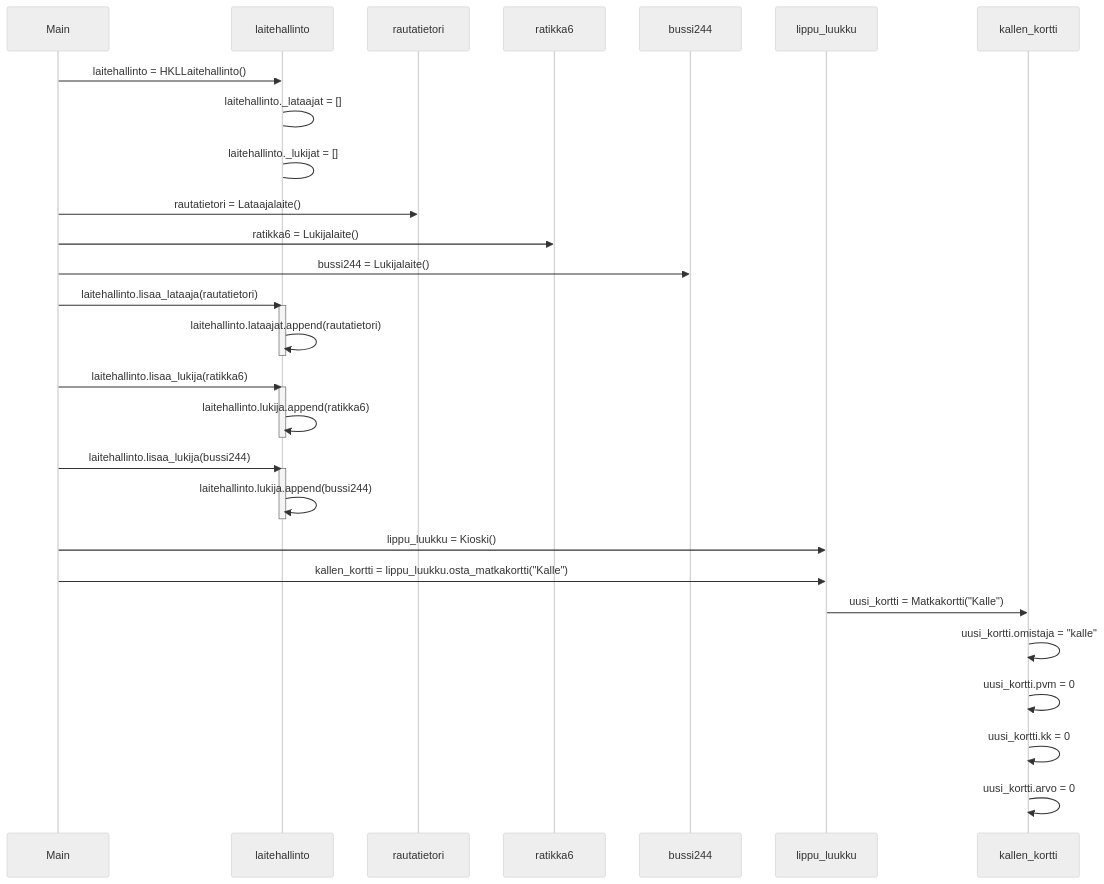
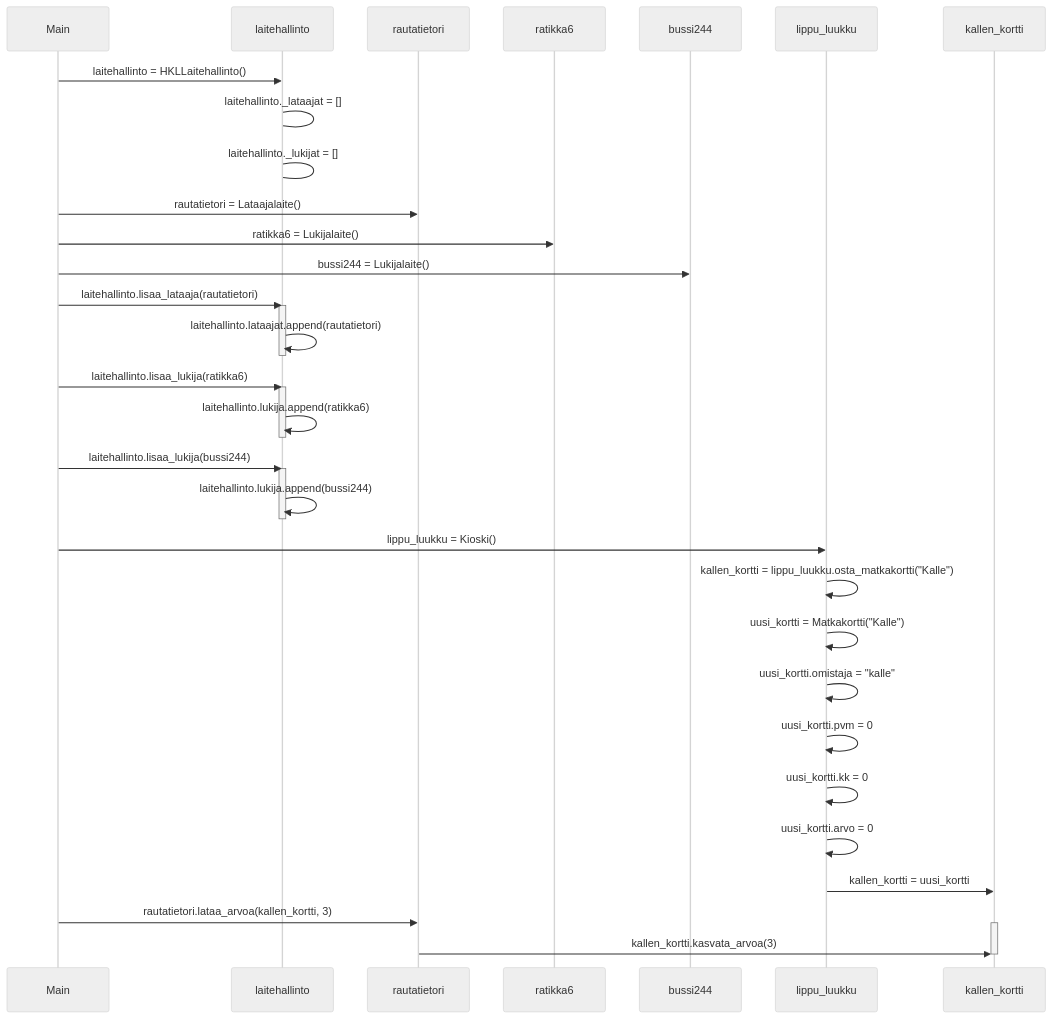
The diagram in laskarit/viikko3/matkakorttisekvenssikaavio.md (EeroAnt/ot-harjoitusty-), drawn with Mermaid (neutral theme) before and after one commit.

Commit message:
t4 v0.034

````diff
--- a/laskarit/viikko3/matkakorttisekvenssikaavio.md
+++ b/laskarit/viikko3/matkakorttisekvenssikaavio.md
@@ -1,36 +1,40 @@
 ```mermaid
 sequenceDiagram
   participant Main
   participant laitehallinto
   participant rautatietori
   participant ratikka6
   participant bussi244
   participant lippu_luukku
   participant kallen_kortti
   Main->>laitehallinto: laitehallinto = HKLLaitehallinto()
   laitehallinto->laitehallinto: laitehallinto._lataajat = []
   laitehallinto->laitehallinto: laitehallinto._lukijat = []
   Main->>rautatietori: rautatietori = Lataajalaite()
   Main->>ratikka6: ratikka6 = Lukijalaite()
   Main->>bussi244: bussi244 = Lukijalaite()
   Main->>laitehallinto: laitehallinto.lisaa_lataaja(rautatietori)
   activate laitehallinto
   laitehallinto->>laitehallinto: laitehallinto.lataajat.append(rautatietori)
   deactivate laitehallinto
   Main->>laitehallinto: laitehallinto.lisaa_lukija(ratikka6)
   activate laitehallinto
   laitehallinto->>laitehallinto: laitehallinto.lukija.append(ratikka6)
   deactivate laitehallinto
   Main->>laitehallinto: laitehallinto.lisaa_lukija(bussi244)
   activate laitehallinto
   laitehallinto->>laitehallinto: laitehallinto.lukija.append(bussi244)
   deactivate laitehallinto
   Main->>lippu_luukku: lippu_luukku = Kioski()
-  Main->>lippu_luukku: kallen_kortti = lippu_luukku.osta_matkakortti("Kalle")
-  lippu_luukku->>kallen_kortti: uusi_kortti = Matkakortti("Kalle")
-  kallen_kortti->>kallen_kortti: uusi_kortti.omistaja = "kalle"
-  kallen_kortti->>kallen_kortti: uusi_kortti.pvm = 0
-  kallen_kortti->>kallen_kortti: uusi_kortti.kk = 0
-  kallen_kortti->>kallen_kortti: uusi_kortti.arvo = 0
-
+  lippu_luukku->>lippu_luukku: kallen_kortti = lippu_luukku.osta_matkakortti("Kalle")
+  lippu_luukku->>lippu_luukku: uusi_kortti = Matkakortti("Kalle")
+  lippu_luukku->>lippu_luukku: uusi_kortti.omistaja = "kalle"
+  lippu_luukku->>lippu_luukku: uusi_kortti.pvm = 0
+  lippu_luukku->>lippu_luukku: uusi_kortti.kk = 0
+  lippu_luukku->>lippu_luukku: uusi_kortti.arvo = 0
+  lippu_luukku->>kallen_kortti: kallen_kortti = uusi_kortti
+  Main->>rautatietori: rautatietori.lataa_arvoa(kallen_kortti, 3)
+  activate kallen_kortti
+  rautatietori->>kallen_kortti: kallen_kortti.kasvata_arvoa(3)
+  deactivate kallen_kortti
 ```
````
